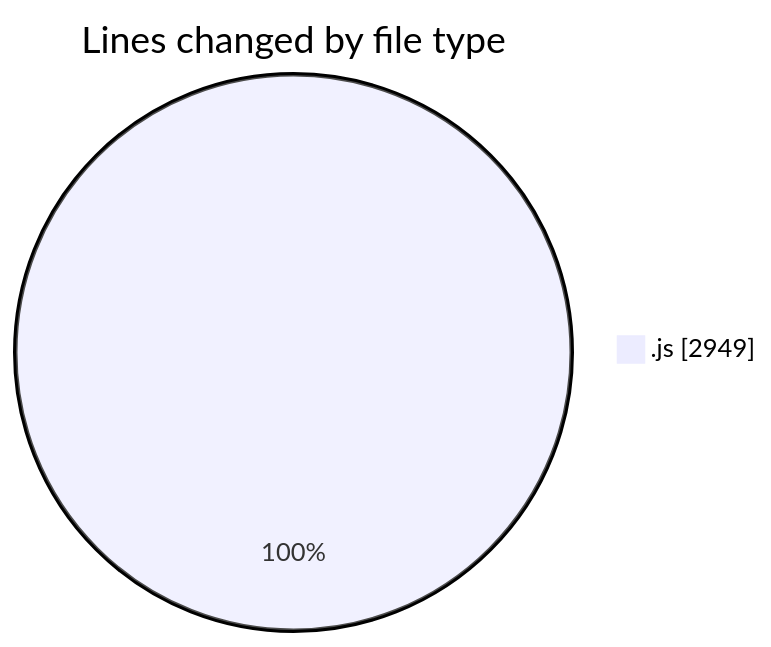
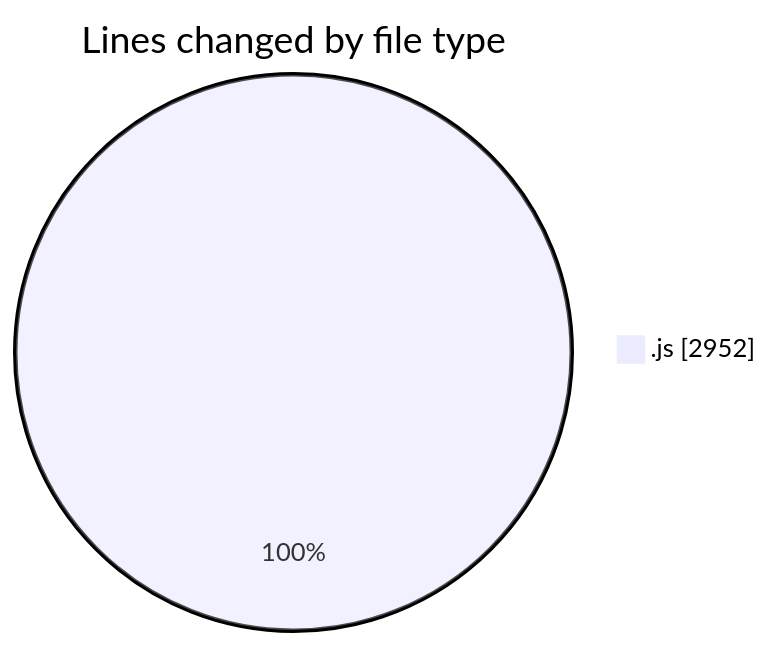
One commit to nxtqubesakshisongat/code-tracking changed the first of 2 diagrams in 2025-09-08/cashcalculator/README.md. Above: the diagram before and after it, drawn with Mermaid. The commit also changed other lines of this file and 1 other file, not shown here.

````diff
--- a/2025-09-08/cashcalculator/README.md
+++ b/2025-09-08/cashcalculator/README.md
@@ -20,5 +20,5 @@
 ```mermaid
 pie showData
 title Lines changed by file type
-".js" : 2949
+".js" : 2952
 ```
````
